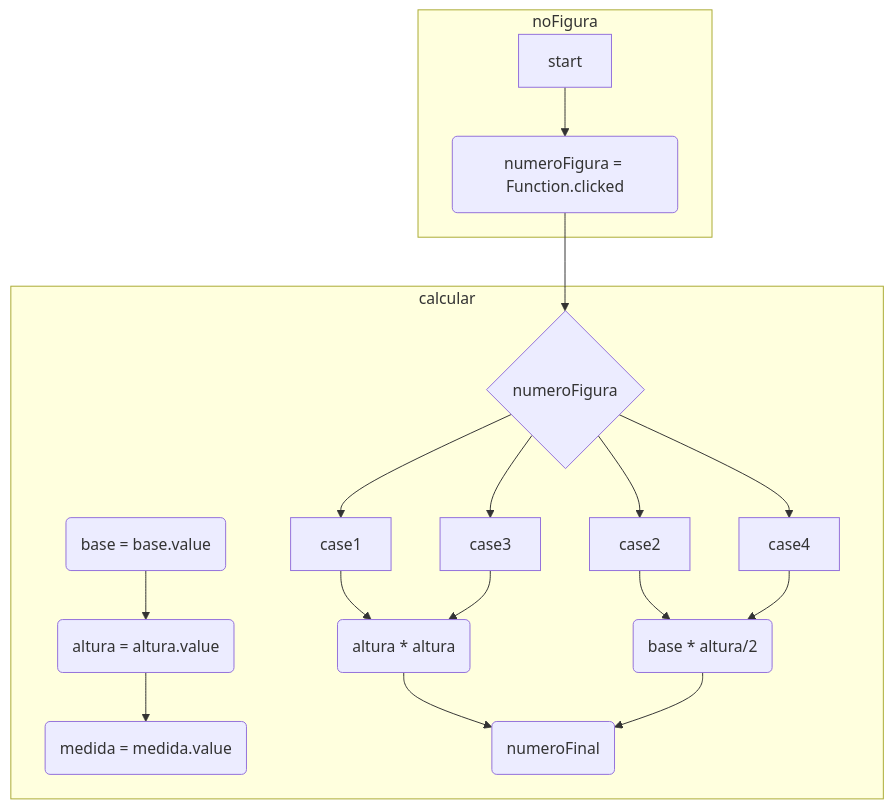
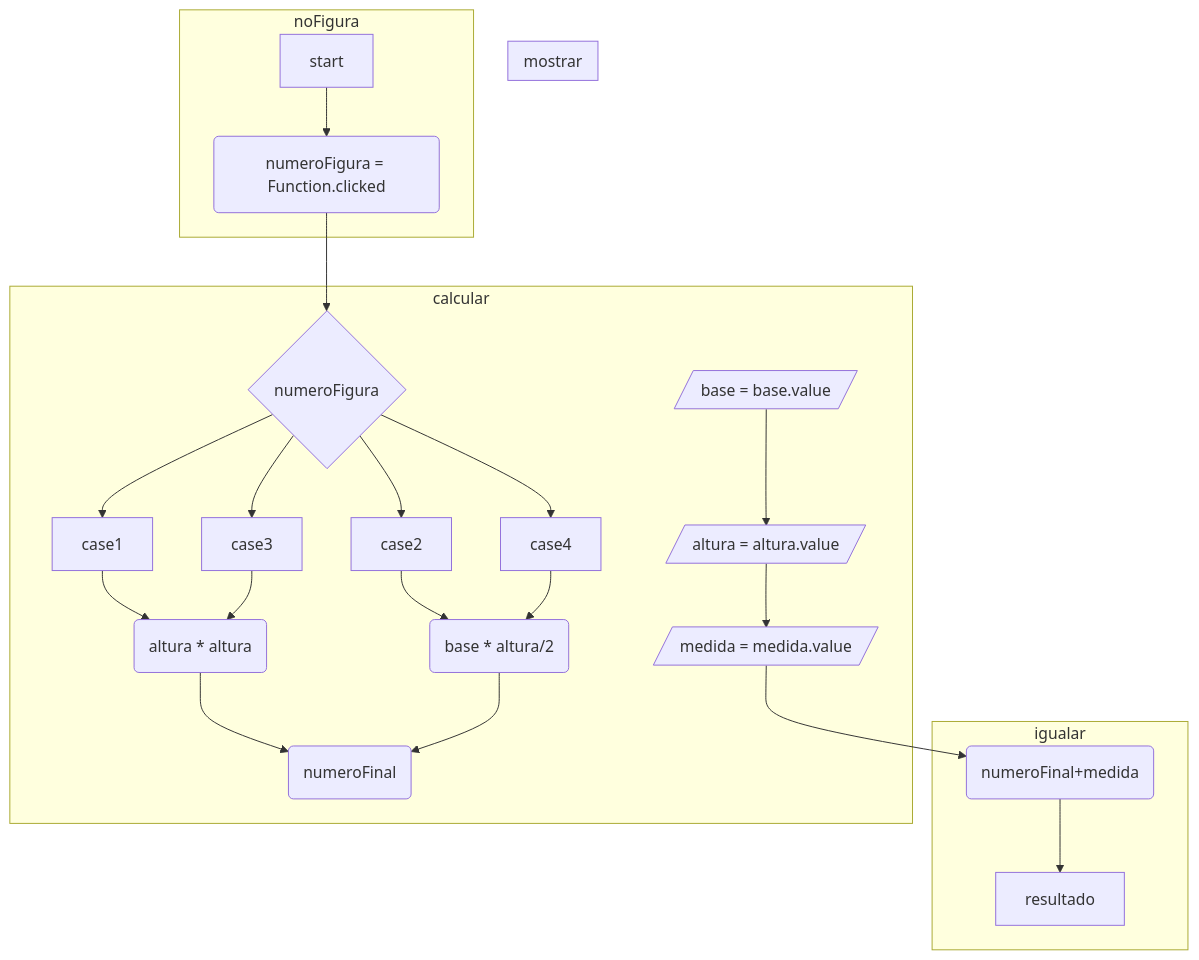
The diagram in README.md (ingops/TuArea), drawn with Mermaid before and after one commit. The commit also changed 1 other file, not shown here.

Commit message:
areas casos update

````diff
--- a/README.md
+++ b/README.md
@@ -57,23 +57,34 @@
   ```mermaid
     graph TD;
 
-    subgraph calcular
-    base(base = base.value)-->altura(altura = altura.value)
-    altura --> medida(medida = medida.value)
-    medida
-    t3{numeroFigura}
-    met1(altura * altura)
-    met2(base * altura/2)
-    nF(numeroFinal)
-    t3 --> case1 --> met1 --> nF
-    t3 --> case3 --> met1 
-    t3 --> case2 --> met2 --> nF
-    t3 --> case4 --> met2 
+    subgraph mostrar
+      
     end
 
+    subgraph igualar
+      Imp(numeroFinal+medida)
+      Imp --> resultado
+    end
+
+    subgraph calcular
+      base[/base = base.value/]-->altura[/altura = altura.value/]
+      altura --> medida[/medida = medida.value/]
+      medida --> Imp
+      t3{numeroFigura}
+      met1(altura * altura)
+      met2(base * altura/2)
+      nF(numeroFinal)
+      t3 --> case1 --> met1 --> nF
+      t3 --> case3 --> met1 
+      t3 --> case2 --> met2 --> nF
+      t3 --> case4 --> met2 
+    end
+    
     subgraph noFigura
     start --> t1(numeroFigura = Function.clicked)
     t1 --> t3
     end
+
+
     
 ``` 
````
